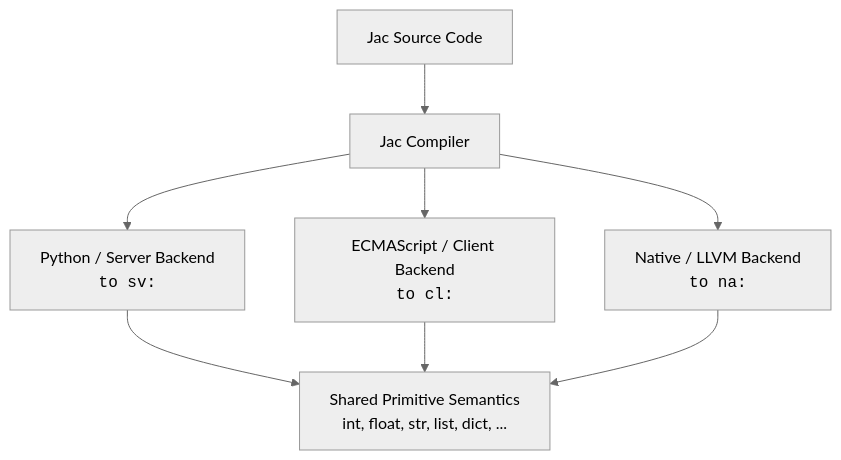
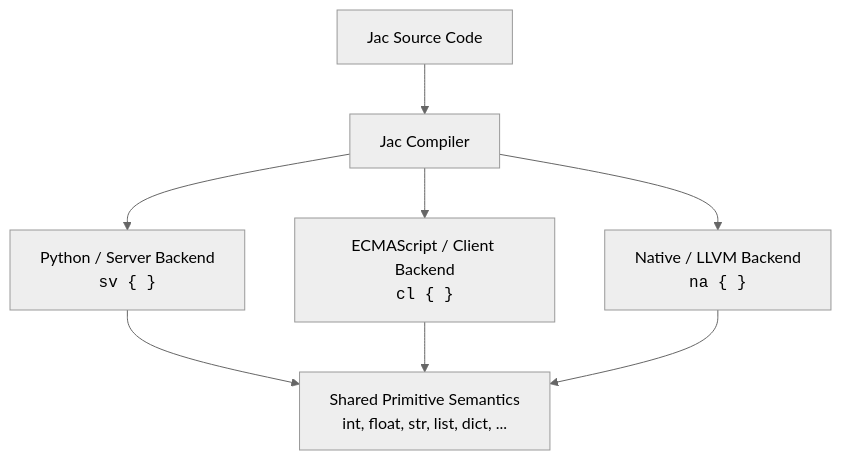
One commit to chrstophr/Agentic-AI changed the first of 2 diagrams in jac-gpt/server/docs/reference/language/primitives.md. Above: the diagram before and after it, drawn with Mermaid (neutral theme). The commit also changed other lines of this file and 81 other files, not shown here.

````diff
--- a/jac-gpt/server/docs/reference/language/primitives.md
+++ b/jac-gpt/server/docs/reference/language/primitives.md
@@ -20,11 +20,11 @@
 ```mermaid
 graph TD
     SRC["Jac Source Code"] --> COMPILER["Jac Compiler"]
-    COMPILER --> PY["Python / Server Backend<br/><code>to sv:</code>"]
-    COMPILER --> ES["ECMAScript / Client Backend<br/><code>to cl:</code>"]
-    COMPILER --> NA["Native / LLVM Backend<br/><code>to na:</code>"]
+    COMPILER --> PY["Python / Server Backend<br/><code>sv { }</code>"]
+    COMPILER --> ES["ECMAScript / Client Backend<br/><code>cl { }</code>"]
+    COMPILER --> NA["Native / LLVM Backend<br/><code>na { }</code>"]
 
     PY --> PRIM["Shared Primitive Semantics<br/>int, float, str, list, dict, ..."]
     ES --> PRIM
     NA --> PRIM
 ```
````
